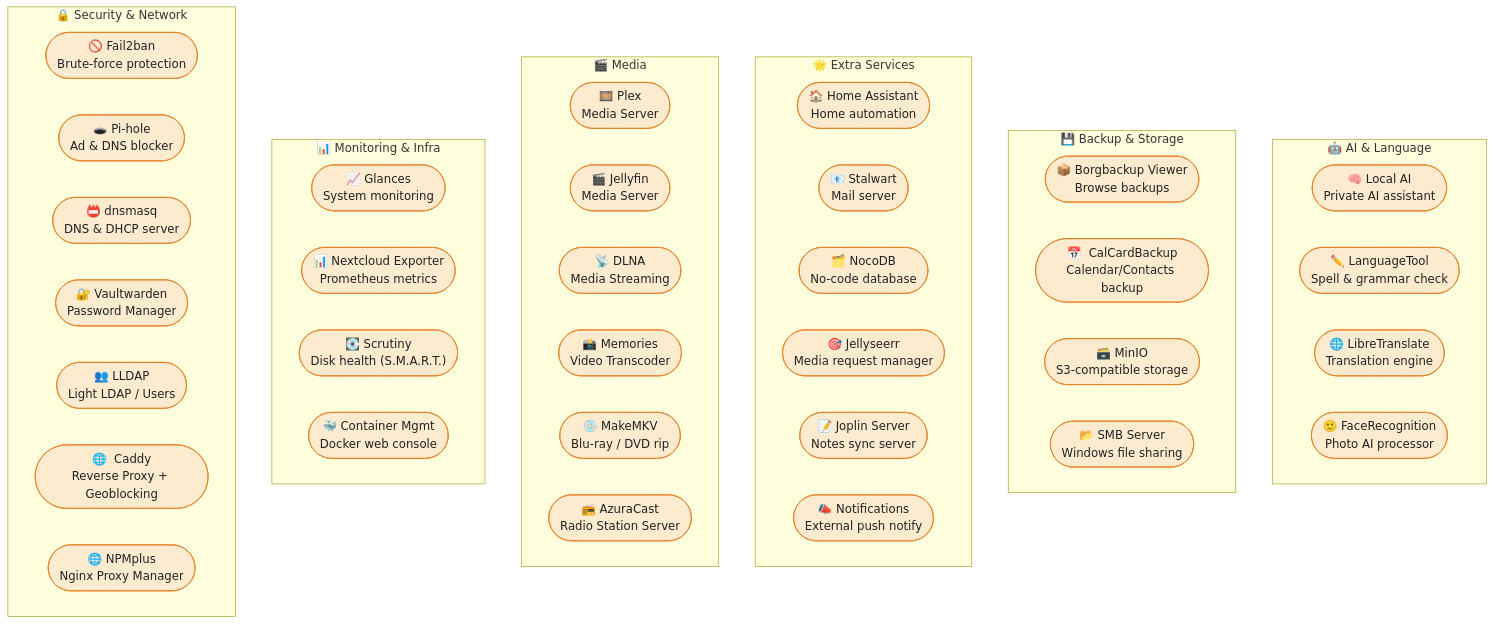
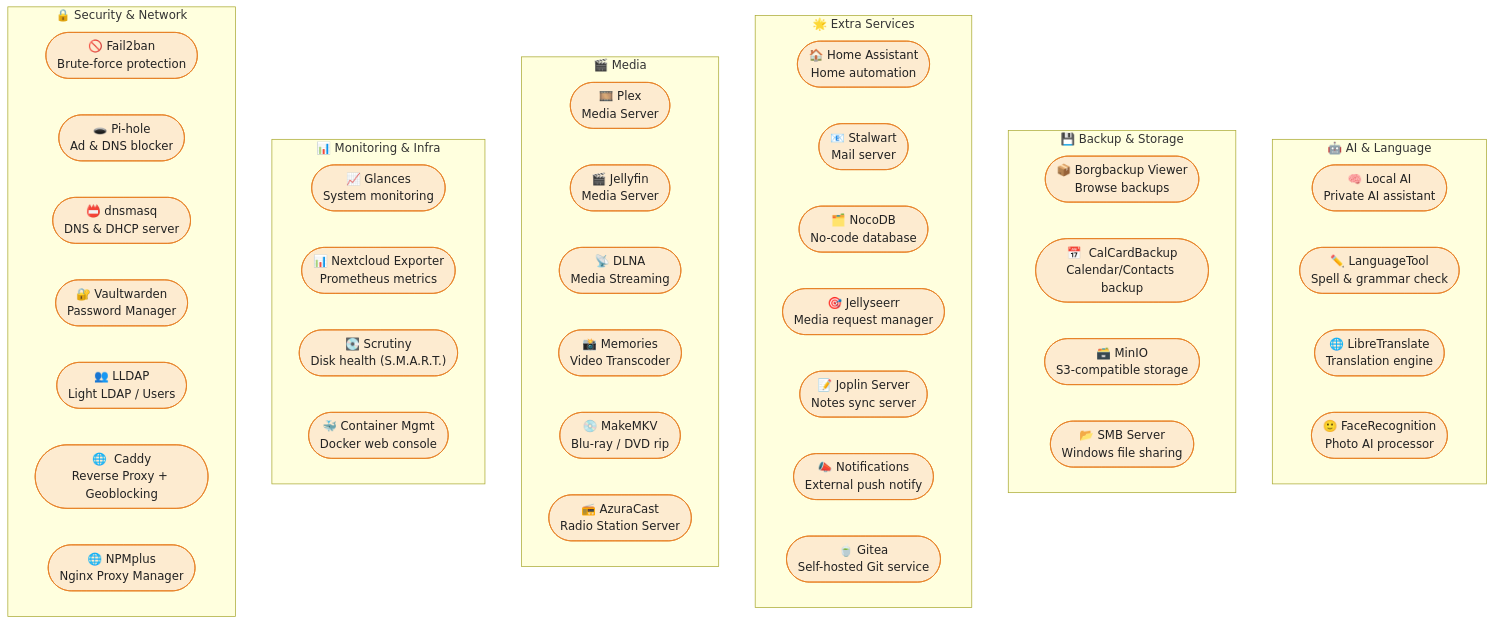
The diagram in community-containers/readme.md (nextcloud/all-in-one), drawn with Mermaid before and after one commit. The commit also changed 5 other files, not shown here.

Commit message:
add gitea to community containers

````diff
--- a/community-containers/readme.md
+++ b/community-containers/readme.md
@@ -9,55 +9,56 @@
 ```mermaid
 flowchart TD
     %% ── Styles ───────────────────────────────────────────────────────────────────
     classDef community fill:#FDEBD0,stroke:#E67E22,color:#222
     classDef group     fill:#FEF9E7,stroke:#F39C12,color:#333
 
     subgraph COMM_AI["🤖 AI & Language"]
         LAI(["🧠  Local AI\nPrivate AI assistant"]):::community
         LT(["✏️  LanguageTool\nSpell & grammar check"]):::community
         LTRANS(["🌐  LibreTranslate\nTranslation engine"]):::community
         FACE(["🙂  FaceRecognition\nPhoto AI processor"]):::community
     end
 
     subgraph COMM_BACKUP["💾 Backup & Storage"]
         BV(["📦  Borgbackup Viewer\nBrowse backups"]):::community
         CALB(["📅  CalCardBackup\nCalendar/Contacts backup"]):::community
         MINIO(["🗃️  MinIO\nS3-compatible storage"]):::community
         SMB(["📂  SMB Server\nWindows file sharing"]):::community
     end
 
     subgraph COMM_EXTRA["🌟 Extra Services"]
         HA(["🏠  Home Assistant\nHome automation"]):::community
         STLW(["📧  Stalwart\nMail server"]):::community
         NOCO(["🗂️  NocoDB\nNo-code database"]):::community
         JSER(["🎯  Jellyseerr\nMedia request manager"]):::community
         JOPLIN(["📝  Joplin Server\nNotes sync server"]):::community
         NOTIF(["📣  Notifications\nExternal push notify"]):::community
+        GITEA(["🍵  Gitea\nSelf-hosted Git service"]):::community
     end
 
     subgraph COMM_MEDIA["🎬 Media"]
         PLEX(["🎞️  Plex\nMedia Server"]):::community
         JELLY(["🎬  Jellyfin\nMedia Server"]):::community
         DLNA(["📡  DLNA\nMedia Streaming"]):::community
         MEMTR(["📸  Memories\nVideo Transcoder"]):::community
         MKV(["💿  MakeMKV\nBlu-ray / DVD rip"]):::community
         AZURA(["📻  AzuraCast\nRadio Station Server"]):::community
     end
 
     subgraph COMM_MONITOR["📊 Monitoring & Infra"]
         GLAN(["📈  Glances\nSystem monitoring"]):::community
         EXP(["📊  Nextcloud Exporter\nPrometheus metrics"]):::community
         SCRU(["💽  Scrutiny\nDisk health (S.M.A.R.T.)"]):::community
         CMGMT(["🐳  Container Mgmt\nDocker web console"]):::community
     end
 
     subgraph COMM_SEC["🔒 Security & Network"]
         F2B(["🚫  Fail2ban\nBrute-force protection"]):::community
         PIH(["🕳️  Pi-hole\nAd & DNS blocker"]):::community
         DNSM(["📛  dnsmasq\nDNS & DHCP server"]):::community
         VW(["🔐  Vaultwarden\nPassword Manager"]):::community
         LDAP(["👥  LLDAP\nLight LDAP / Users"]):::community
         CADDY(["🌐  Caddy\nReverse Proxy + Geoblocking"]):::community
         NPMPLUS(["🌐  NPMplus\nNginx Proxy Manager"]):::community
     end
 ```
````
